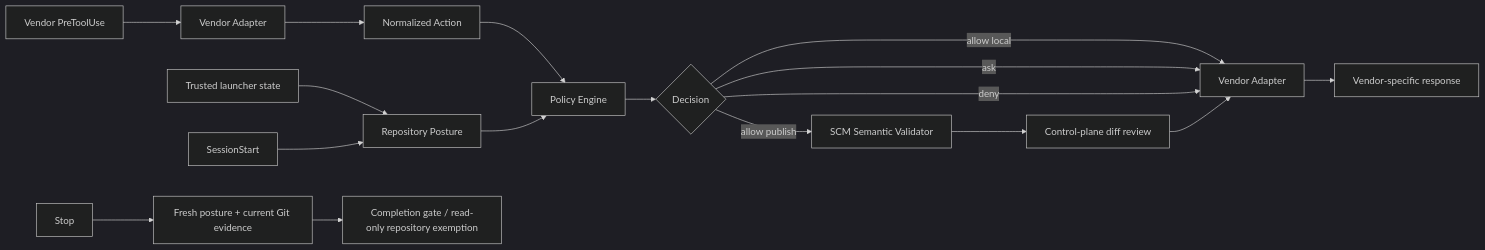
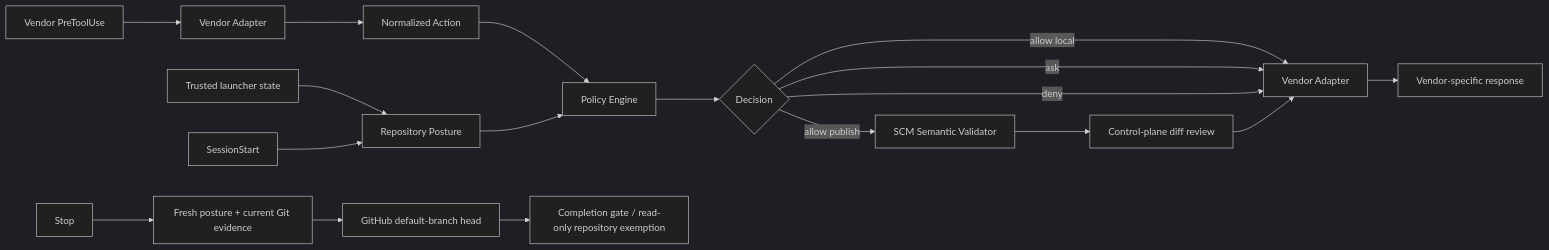
Before and after one commit to tomo-chan/agent-harness: the first of 2 diagrams in AGENTS.md, drawn with Mermaid (dark theme). The commit also changed other lines of this file, not shown here.

````diff
--- a/AGENTS.md
+++ b/AGENTS.md
@@ -66,19 +66,20 @@
 ```mermaid
 flowchart LR
     TL[Trusted launcher state] --> RP[Repository Posture]
     SS[SessionStart] --> RP
     V[Vendor PreToolUse] --> A1[Vendor Adapter]
     A1 --> N[Normalized Action]
     N --> P[Policy Engine]
     RP --> P
     P --> D{Decision}
     D -->|allow publish| SV[SCM Semantic Validator]
     D -->|allow local| A2[Vendor Adapter]
     D -->|ask| A2
     D -->|deny| A2
     SV --> CP[Control-plane diff review]
     CP --> A2
     A2 --> R[Vendor-specific response]
     ST[Stop] --> AR[Fresh posture + current Git evidence]
-    AR --> CG[Completion gate / read-only repository exemption]
+    AR --> GH[GitHub default-branch head]
+    GH --> CG[Completion gate / read-only repository exemption]
 ```
````
